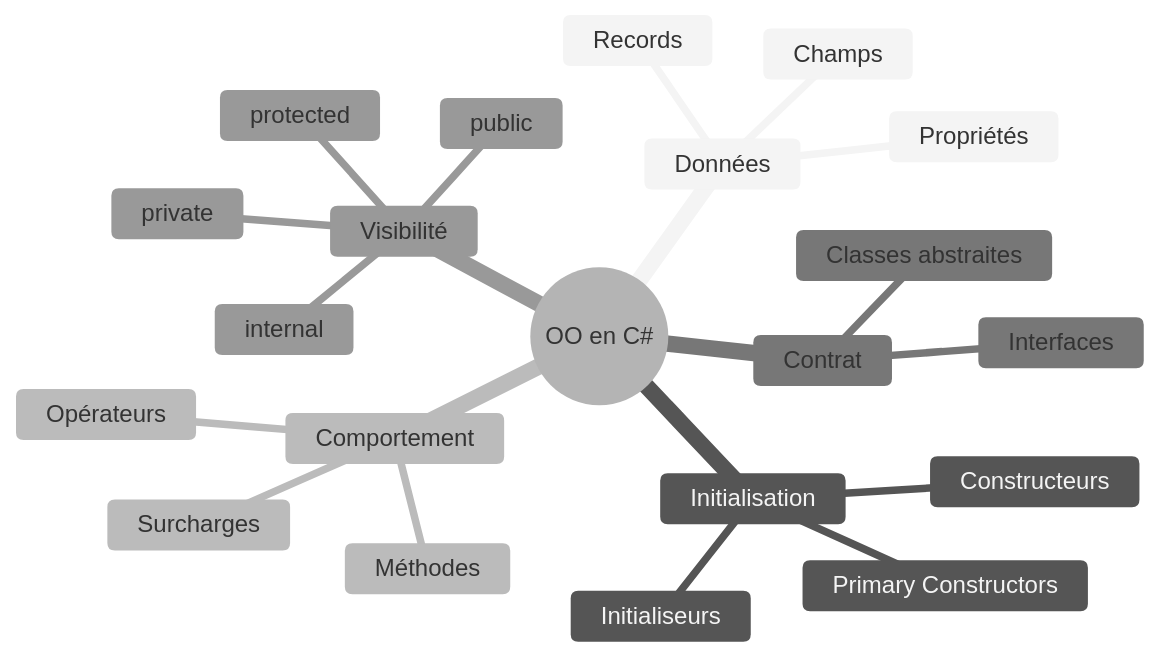
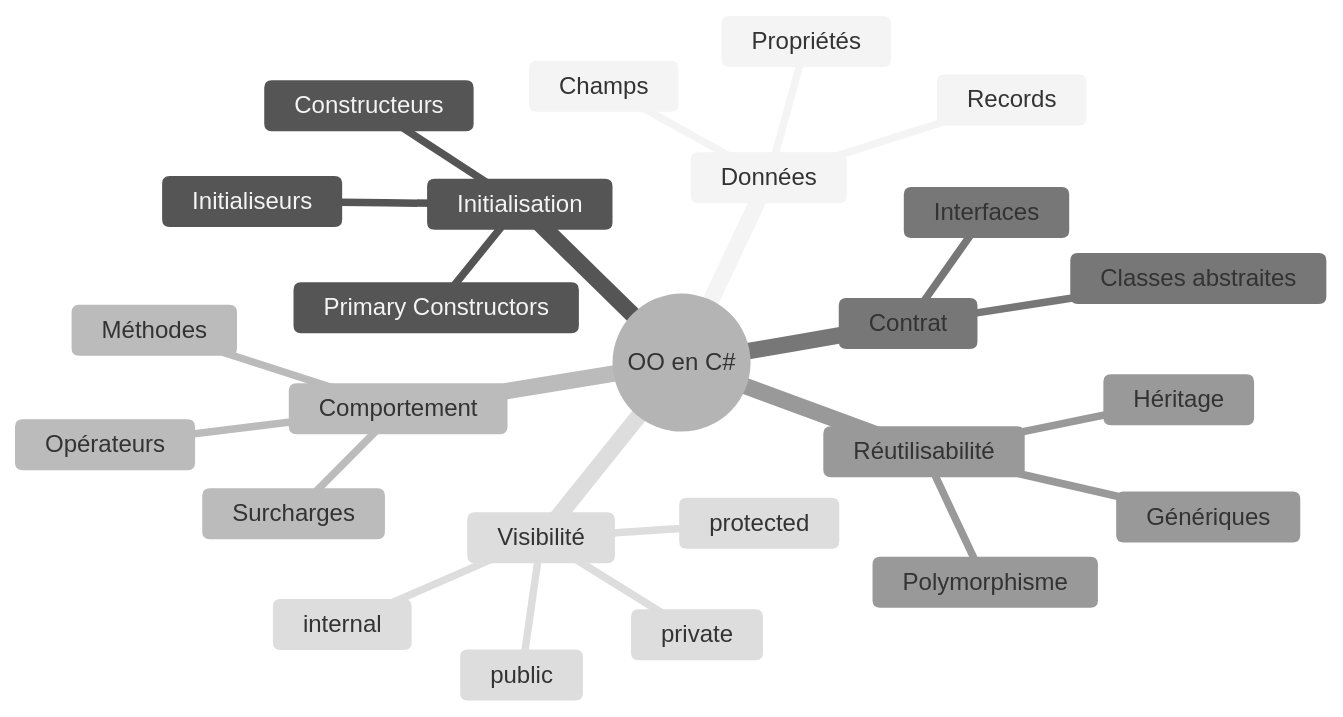
The diagram in docs/index.md (fpluquet/csharp-oo-syllabus), drawn with Mermaid (neutral theme) before and after one commit. The commit also changed other lines of this file and 21 other files, not shown here.

Commit message:
feat: implement MVC architecture for chess game, separating model, view, and controller responsibilities

````diff
--- a/docs/index.md
+++ b/docs/index.md
@@ -49,24 +53,28 @@
 ```mermaid
 mindmap
   root((OO en C#))
     Données
       Champs
       Propriétés
       Records
     Initialisation
       Constructeurs
       Primary Constructors
       Initialiseurs
     Comportement
       Méthodes
       Surcharges
       Opérateurs
     Contrat
       Interfaces
       Classes abstraites
+    Réutilisabilité
+      Héritage
+      Génériques
+      Polymorphisme
     Visibilité
       public
       private
       protected
       internal
 ```
````
